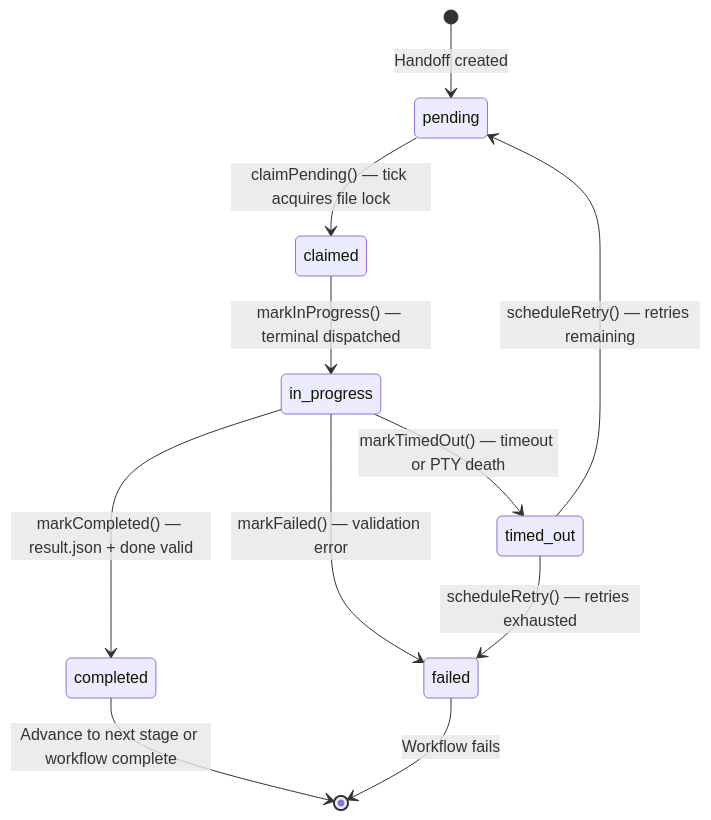
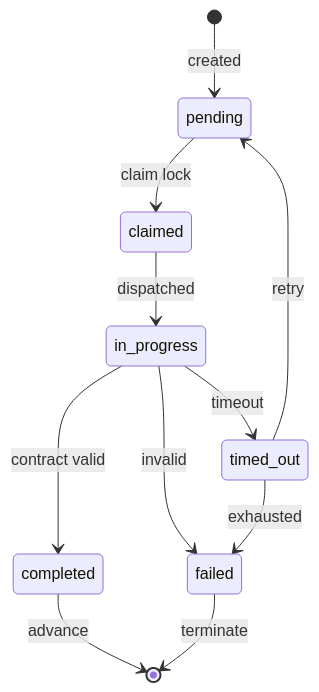
The third of 6 diagrams in docs/hydra-panorama-flow.md (blueberrycongee/termcanvas), drawn with Mermaid before and after one commit. The commit also changed other lines of this file and 1 other file, not shown here.

Commit message:
fix(docs): shorten stateDiagram transition labels to prevent truncation
GitHub Mermaid truncates long transition labels in stateDiagram-v2.
Move detailed descriptions to a markdown table below the diagram,
keep diagram labels to 1-2 words only.

````diff
--- a/docs/hydra-panorama-flow.md
+++ b/docs/hydra-panorama-flow.md
@@ -217,18 +217,17 @@
 ```mermaid
 stateDiagram-v2
-    [*] --> pending: Handoff created
+    [*] --> pending: created
 
-    pending --> claimed: claimPending() — tick acquires file lock
+    pending --> claimed: claim lock
+    claimed --> in_progress: dispatched
 
-    claimed --> in_progress: markInProgress() — terminal dispatched
+    in_progress --> completed: contract valid
+    in_progress --> timed_out: timeout
+    in_progress --> failed: invalid
 
-    in_progress --> completed: markCompleted() — result.json + done valid
-    in_progress --> timed_out: markTimedOut() — timeout or PTY death
-    in_progress --> failed: markFailed() — validation error
+    timed_out --> pending: retry
+    timed_out --> failed: exhausted
 
-    timed_out --> pending: scheduleRetry() — retries remaining
-    timed_out --> failed: scheduleRetry() — retries exhausted
-
-    completed --> [*]: Advance to next stage or workflow complete
-    failed --> [*]: Workflow fails
+    completed --> [*]: advance
+    failed --> [*]: terminate
 ```
````
